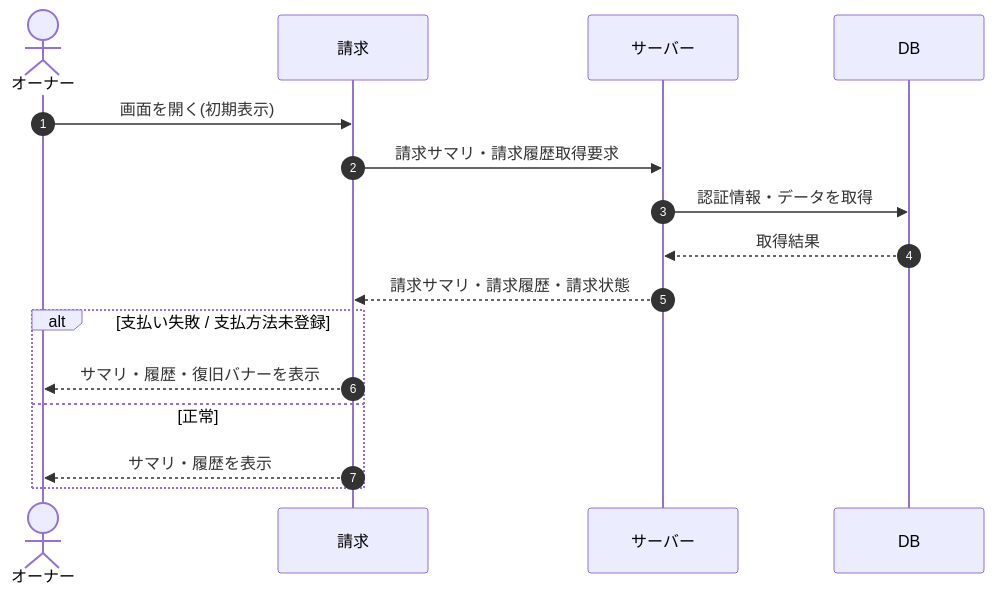
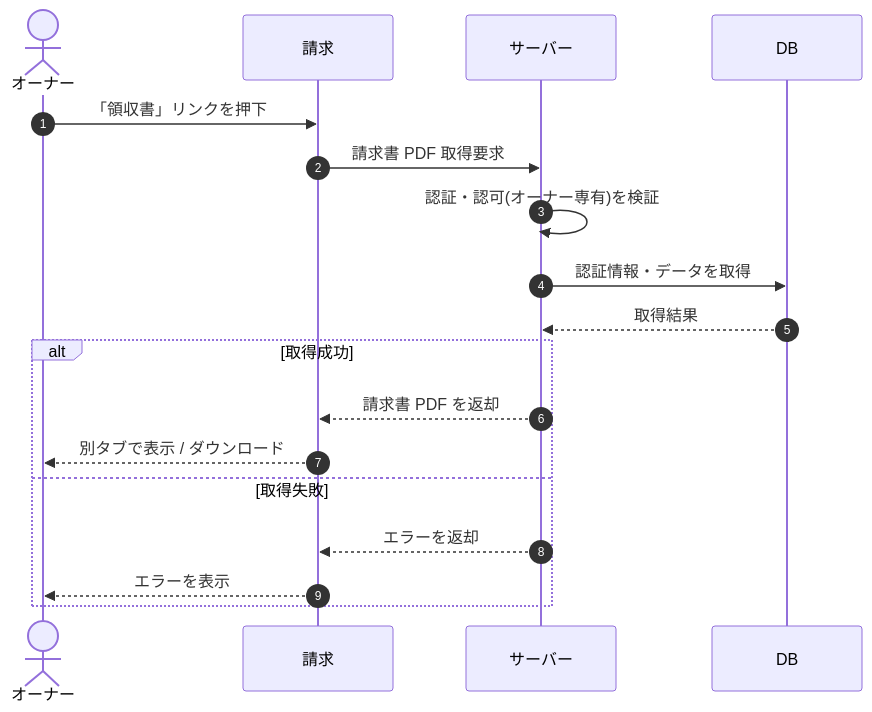
The diagram in 02_basic_design/03_sequences/SEQ-081.md (sikakou54/open-faq), drawn with Mermaid before and after one commit. The commit also changed other lines of this file and 395 other files, not shown here.

````diff
--- a/02_basic_design/03_sequences/SEQ-081.md
+++ b/02_basic_design/03_sequences/SEQ-081.md
@@ -25,18 +25,20 @@
 ```mermaid
 sequenceDiagram
   autonumber
   actor U as オーナー
   participant Screen as 請求
   participant Server as サーバー
   participant DB as DB
-  U->>Screen: 画面を開く(初期表示)
-  Screen->>Server: 請求サマリ・請求履歴取得要求
+  U->>Screen: 「領収書」リンクを押下
+  Screen->>Server: 請求書 PDF 取得要求
+  Server->>Server: 認証・認可(オーナー専有)を検証
   Server->>DB: 認証情報・データを取得
   DB-->>Server: 取得結果
-  Server-->>Screen: 請求サマリ・請求履歴・請求状態
-  alt 支払い失敗 / 支払方法未登録
-    Screen-->>U: サマリ・履歴・復旧バナーを表示
-  else 正常
-    Screen-->>U: サマリ・履歴を表示
+  alt 取得成功
+    Server-->>Screen: 請求書 PDF を返却
+    Screen-->>U: 別タブで表示 / ダウンロード
+  else 取得失敗
+    Server-->>Screen: エラーを返却
+    Screen-->>U: エラーを表示
   end
 ```
````
